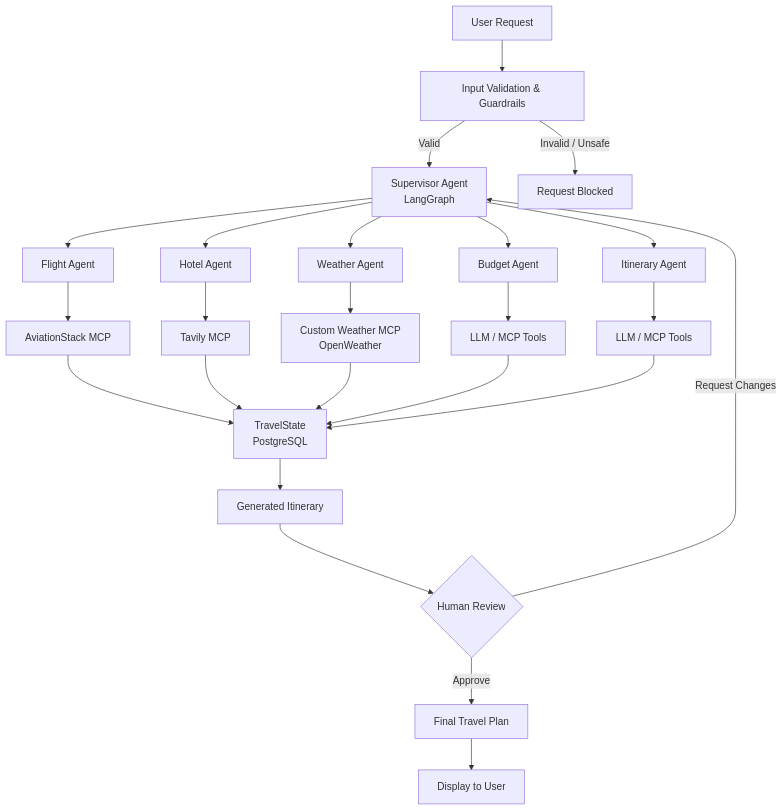
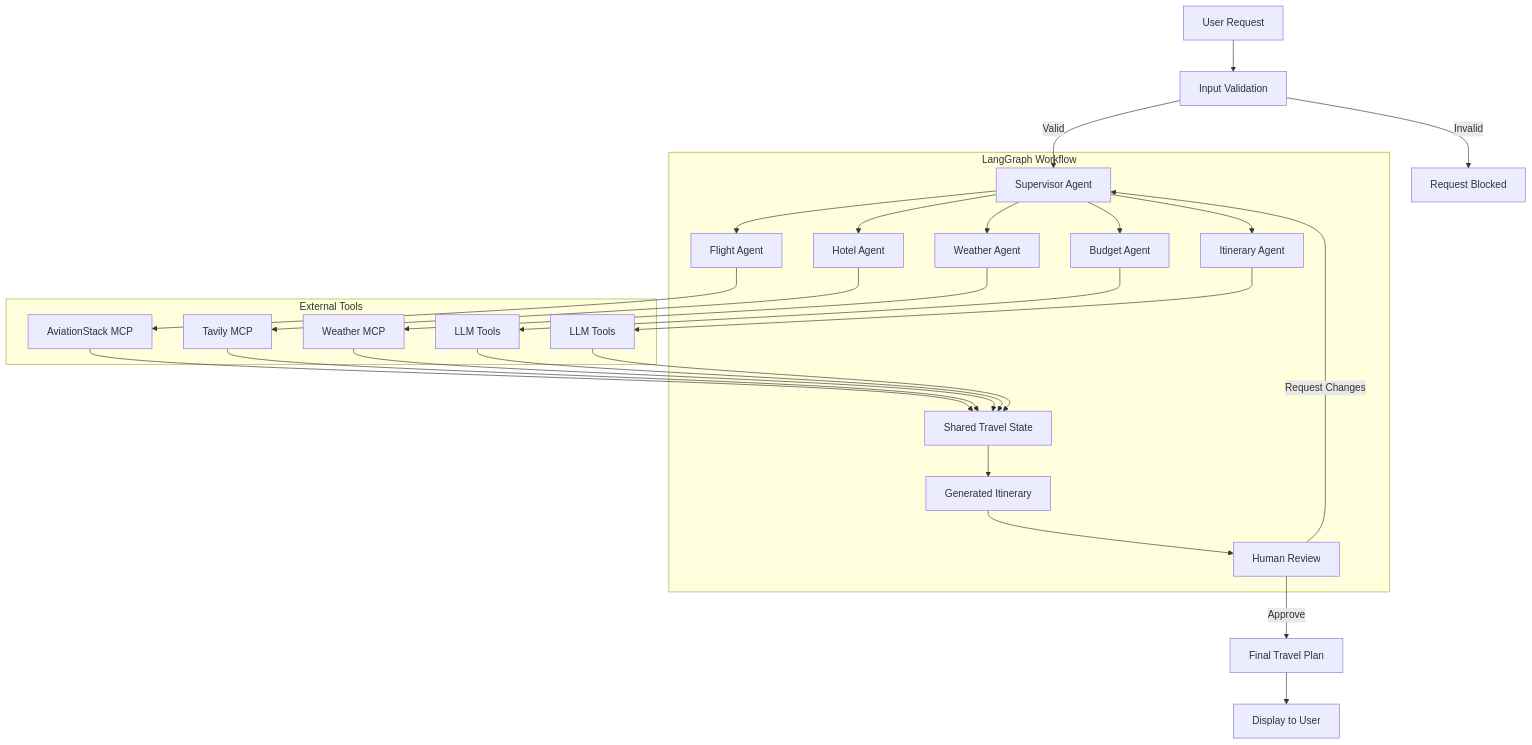
Before and after one commit to muralikrishna-27/TravelMind-AI: the diagram in README.md, drawn with Mermaid.

Commit message:
readme architecture added

````diff
--- a/README.md
+++ b/README.md
@@ -51,34 +51,52 @@
 ```mermaid
 flowchart TD
-    A["User Request"] --> B["Input Validation & Guardrails"]
+    A[User Request] --> B[Input Validation]
+    B -->|Valid| C[Supervisor Agent]
+    B -->|Invalid| X[Request Blocked]
 
-    B -->|Valid| C["Supervisor Agent<br/>LangGraph"]
-    B -->|Invalid / Unsafe| X["Request Blocked"]
+    C --> D[Flight Agent]
+    C --> E[Hotel Agent]
+    C --> F[Weather Agent]
+    C --> G[Budget Agent]
+    C --> H[Itinerary Agent]
 
-    C --> D["Flight Agent"]
-    C --> E["Hotel Agent"]
-    C --> F["Weather Agent"]
-    C --> G["Budget Agent"]
-    C --> H["Itinerary Agent"]
+    D --> D1[AviationStack MCP]
+    E --> E1[Tavily MCP]
+    F --> F1[Weather MCP]
+    G --> G1[LLM Tools]
+    H --> H1[LLM Tools]
 
-    D --> D1["AviationStack MCP"]
-    E --> E1["Tavily MCP"]
-    F --> F1["Custom Weather MCP<br/>OpenWeather"]
-    G --> G1["LLM / MCP Tools"]
-    H --> H1["LLM / MCP Tools"]
-
-    D1 --> I["Shared Travel State"]
+    D1 --> I[Shared Travel State]
     E1 --> I
     F1 --> I
     G1 --> I
     H1 --> I
 
-    I["TravelState<br/>PostgreSQL"] --> J["Generated Itinerary"]
+    I --> J[Generated Itinerary]
+    J --> K[Human Review]
 
-    J --> K{"Human Review"}
-
-    K -->|Approve| L["Final Travel Plan"]
+    K -->|Approve| L[Final Travel Plan]
     K -->|Request Changes| C
 
-    L --> M["Display to User"]
+    L --> M[Display to User]
+
+    subgraph Workflow[LangGraph Workflow]
+        C
+        D
+        E
+        F
+        G
+        H
+        I
+        J
+        K
+    end
+
+    subgraph Tools[External Tools]
+        D1
+        E1
+        F1
+        G1
+        H1
+    end
 ```
````
